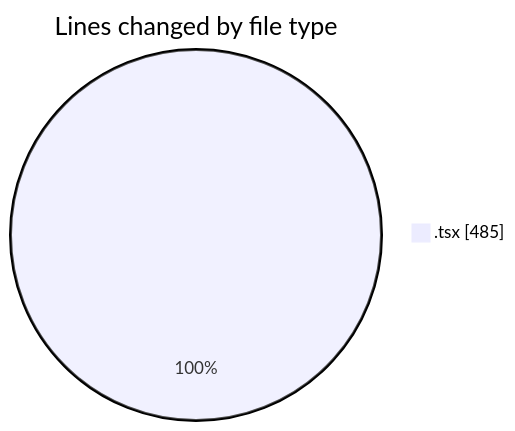
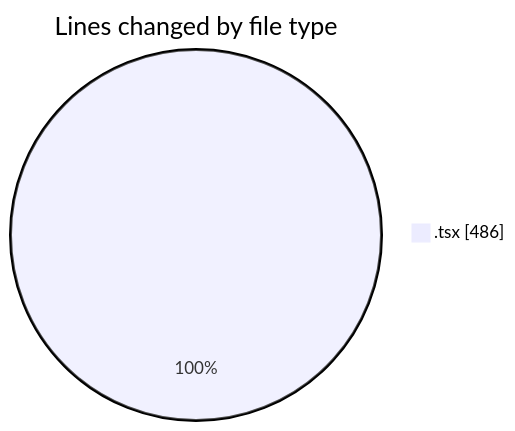
One commit to momahboobian/code-tracking changed the first of 2 diagrams in 2026-09-04/cda/README.md. Above: the diagram before and after it, drawn with Mermaid. The commit also changed other lines of this file and 1 other file, not shown here.

````diff
--- a/2026-09-04/cda/README.md
+++ b/2026-09-04/cda/README.md
@@ -21,5 +21,5 @@
 ```mermaid
 pie showData
 title Lines changed by file type
-".tsx" : 485
+".tsx" : 486
 ```
````
